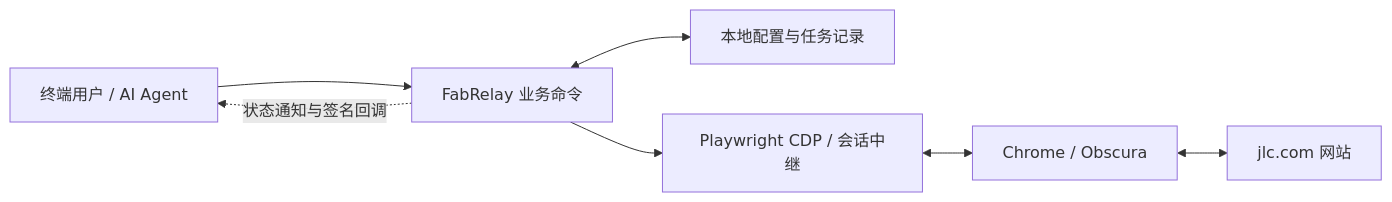
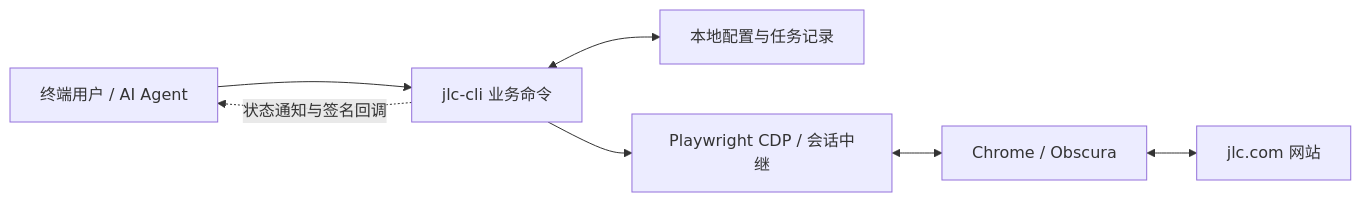
One commit to TXyy2023/FabRelay changed the diagram in README.md. Above: the diagram before and after it, drawn with Mermaid. The commit also changed other lines of this file and 29 other files, not shown here.

Commit message:
Restore jlc-cli name and clarify unofficial community status

````diff
--- a/README.md
+++ b/README.md
@@ -65,9 +67,9 @@
 ```mermaid
 flowchart LR
-    A[终端用户 / AI Agent] --> B[FabRelay 业务命令]
+    A[终端用户 / AI Agent] --> B[jlc-cli 业务命令]
     B <--> C[本地配置与任务记录]
     B --> D[Playwright CDP / 会话中继]
     D <--> E[Chrome / Obscura]
     E <--> F[jlc.com 网站]
     B -. 状态通知与签名回调 .-> A
 ```
````
